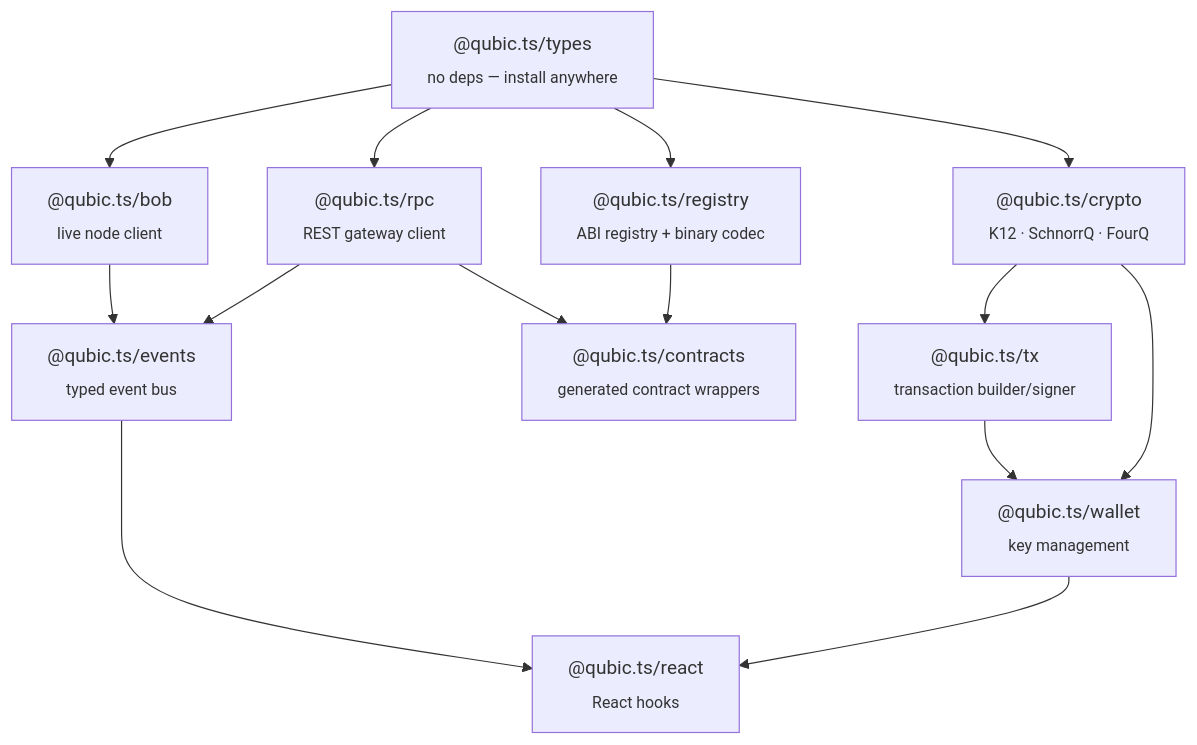
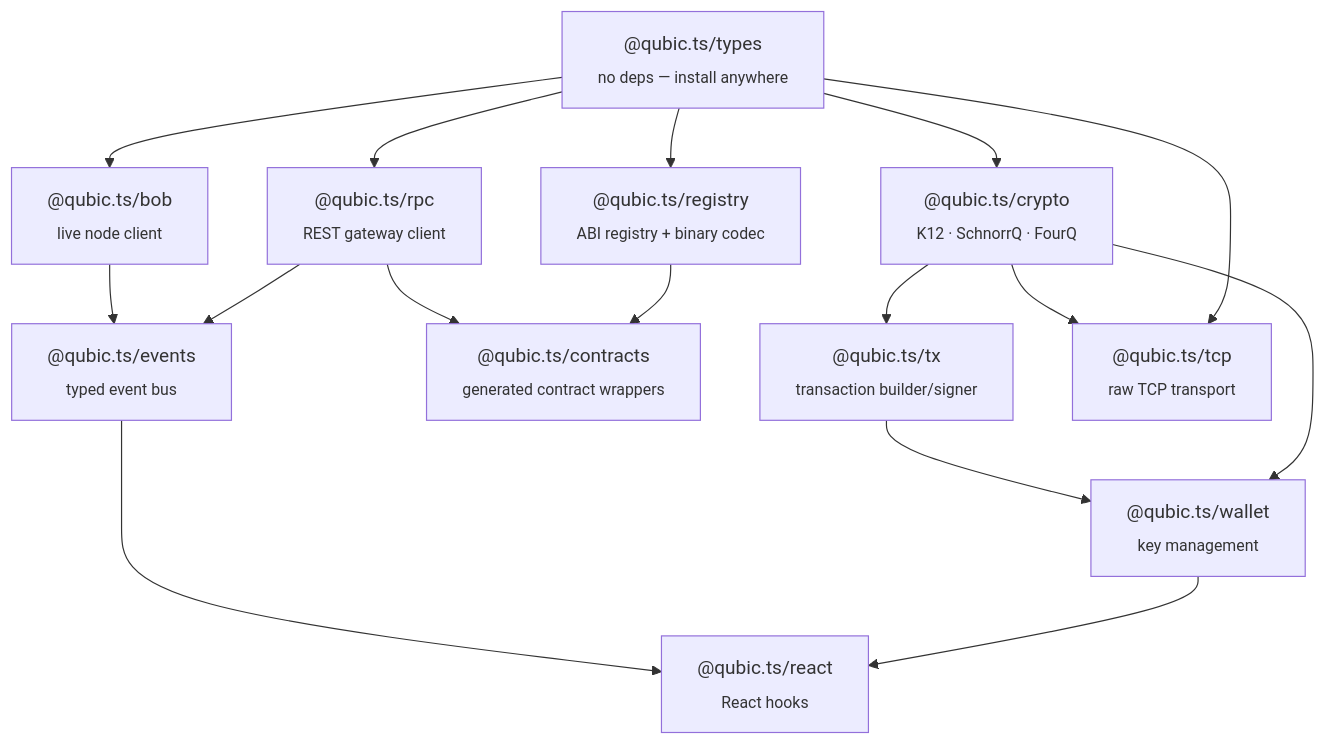
The first of 2 diagrams in README.md (qubic/qubic-typescript), drawn with Mermaid before and after one commit. The commit also changed other lines of this file and 1 other file, not shown here.

Commit message:
docs: update main README and tcp README to reflect implemented API

````diff
--- a/README.md
+++ b/README.md
@@ -33,27 +33,30 @@
 ```mermaid
 graph TD
   types["@qubic.ts/types<br/><sub>no deps — install anywhere</sub>"]
   crypto["@qubic.ts/crypto<br/><sub>K12 · SchnorrQ · FourQ</sub>"]
   tx["@qubic.ts/tx<br/><sub>transaction builder/signer</sub>"]
   rpc["@qubic.ts/rpc<br/><sub>REST gateway client</sub>"]
   registry["@qubic.ts/registry<br/><sub>ABI registry + binary codec</sub>"]
   contracts["@qubic.ts/contracts<br/><sub>generated contract wrappers</sub>"]
   bob["@qubic.ts/bob<br/><sub>live node client</sub>"]
   wallet["@qubic.ts/wallet<br/><sub>key management</sub>"]
   events["@qubic.ts/events<br/><sub>typed event bus</sub>"]
+  tcp["@qubic.ts/tcp<br/><sub>raw TCP transport</sub>"]
   react["@qubic.ts/react<br/><sub>React hooks</sub>"]
 
   types --> crypto
   types --> rpc
   types --> registry
   types --> bob
+  types --> tcp
   crypto --> tx
   crypto --> wallet
+  crypto --> tcp
   tx --> wallet
   registry --> contracts
   rpc --> contracts
   rpc --> events
   bob --> events
   wallet --> react
   events --> react
 ```
````
